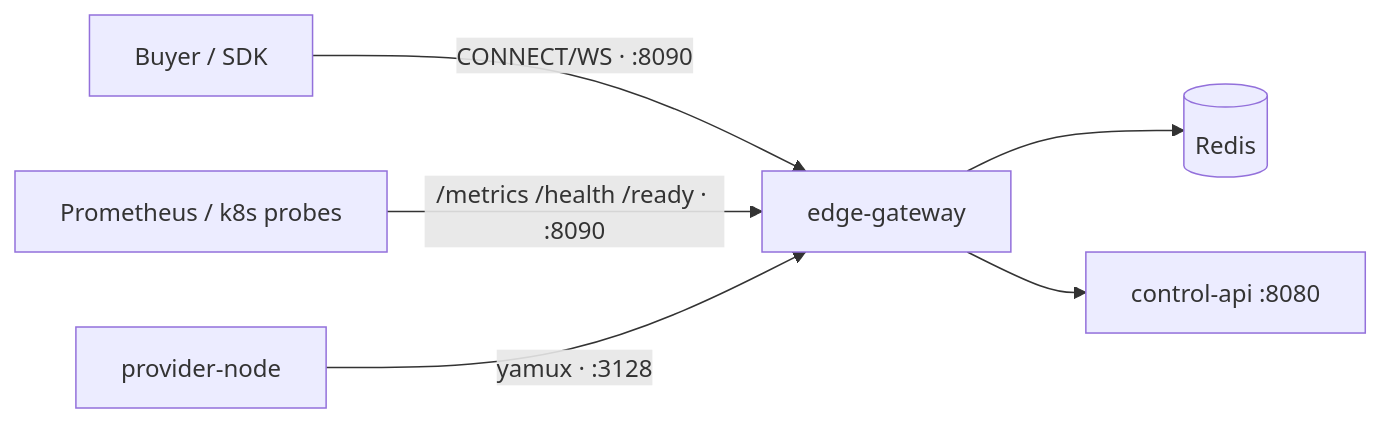
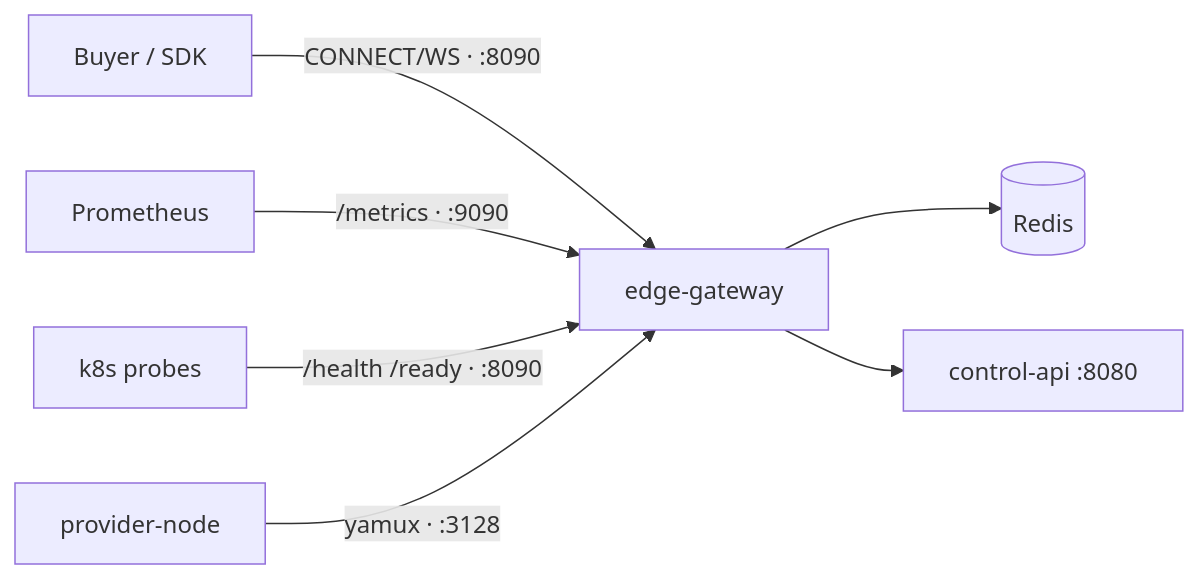
One commit to samuel-1-avson/ProxySocialHub changed the diagram in services/edge-gateway/README.md. Above: the diagram before and after it, drawn with Mermaid. The commit also changed other lines of this file and 42 other files, not shown here.

````diff
--- a/services/edge-gateway/README.md
+++ b/services/edge-gateway/README.md
@@ -27,8 +30,9 @@
 ```mermaid
 flowchart LR
   Buyer["Buyer / SDK"] -->|CONNECT/WS · :8090| EG["edge-gateway"]
-  Ops["Prometheus / k8s probes"] -->|/metrics /health /ready · :8090| EG
+  Ops["Prometheus"] -->|/metrics · :9090| EG
+  Ops2["k8s probes"] -->|/health /ready · :8090| EG
   PN["provider-node"] -->|yamux · :3128| EG
   EG --> Redis[("Redis")]
   EG --> API["control-api :8080"]
 ```
````
